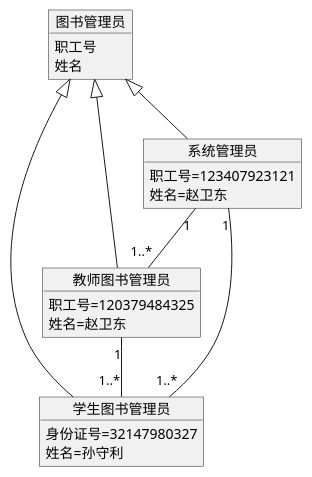
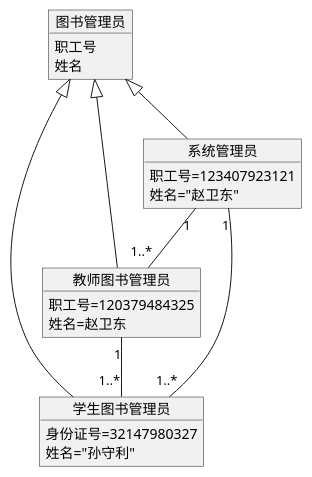
Before and after one commit to Neddy1995/is_analysis: the fourth of 4 diagrams in test3/README.md, drawn with PlantUML. The commit also changed other lines of this file and 6 other files, not shown here.

```diff
--- a/test3/README.md
+++ b/test3/README.md
@@ -178,24 +178,24 @@
     @startuml
     object 图书管理员{
         职工号
         姓名
     }
     object 学生图书管理员{
         身份证号=32147980327
-        姓名=孙守利
+        姓名="孙守利"
     }
     object 教师图书管理员{
         职工号=120379484325
         姓名=赵卫东
     }
     object 系统管理员{
         职工号=123407923121
-        姓名=赵卫东
+        姓名="赵卫东"
     }
     图书管理员 <|-- 学生图书管理员
     图书管理员 <|-- 教师图书管理员
     图书管理员 <|-- 系统管理员
     系统管理员 "1"-- "1..*"学生图书管理员
     系统管理员 "1"-- "1..*"教师图书管理员
     教师图书管理员 "1"-- "1..*"学生图书管理员
     @enduml
```
